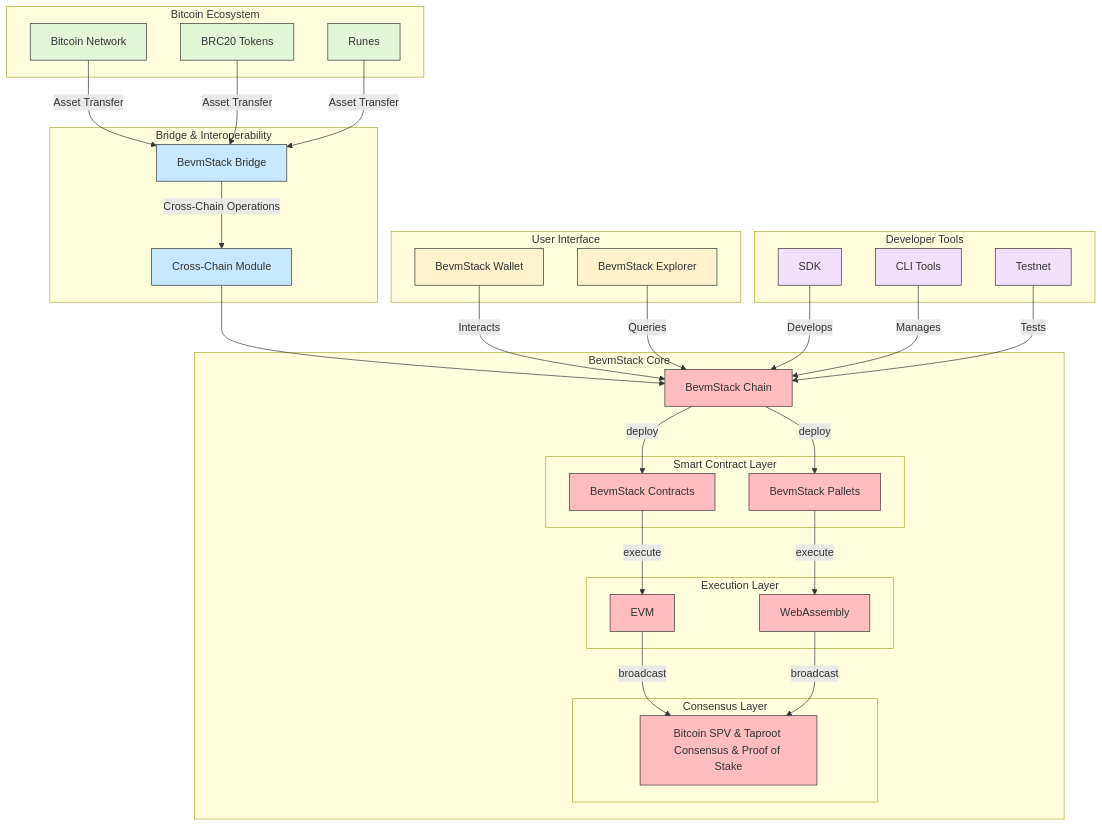
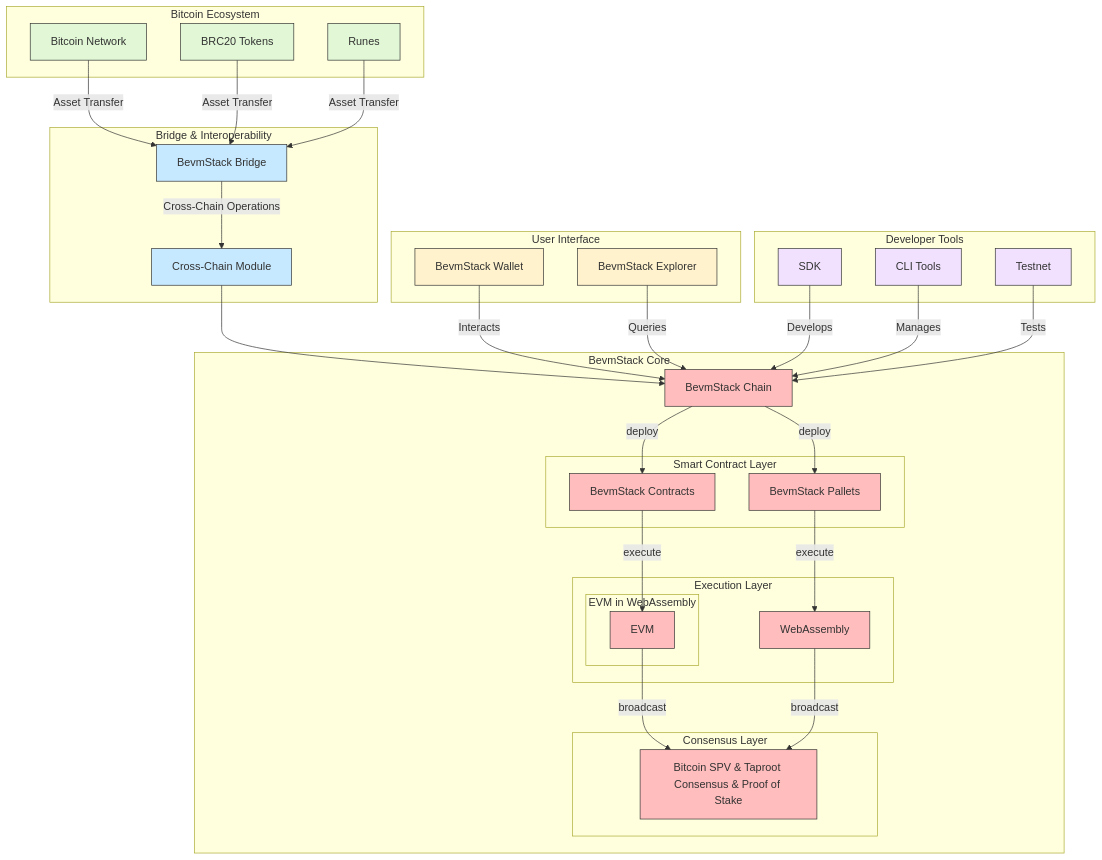
One commit to btclayer2/BEVM-Stack changed the first of 8 diagrams in README.md. Above: the diagram before and after it, drawn with Mermaid.

````diff
--- a/README.md
+++ b/README.md
@@ -20,73 +20,75 @@
 ```mermaid
 graph TB
   subgraph "Bitcoin Ecosystem"
       BTC[Bitcoin Network]
       BRC20[BRC20 Tokens]
       Runes[Runes]
   end
 
   subgraph "BevmStack Core"
       BSC[BevmStack Chain]
       subgraph "Smart Contract Layer"
           BSContracts[BevmStack Contracts]
           BSPallets[BevmStack Pallets]
       end
       subgraph "Execution Layer"
-          EVM[EVM]
           WASM[WebAssembly]
+          subgraph "EVM in WebAssembly"
+              EVM[EVM]
+          end
       end
       subgraph "Consensus Layer"
           CL[Bitcoin SPV & Taproot Consensus & Proof of Stake]
       end
   end
 
   subgraph "Bridge & Interoperability"
       BSB[BevmStack Bridge]
       CrossChain[Cross-Chain Module]
   end
 
   subgraph "User Interface"
       BSW[BevmStack Wallet]
       BSE[BevmStack Explorer]
   end
 
   subgraph "Developer Tools"
       SDK[SDK]
       CLI[CLI Tools]
       TestNet[Testnet]
   end
 
   BTC --> |Asset Transfer| BSB
   BRC20 --> |Asset Transfer| BSB
   Runes --> |Asset Transfer| BSB
 
   BSB --> |Cross-Chain Operations| CrossChain
   CrossChain --> BSC
 
   BSC -->|deploy| BSContracts
   BSC -->|deploy| BSPallets
   BSContracts -->|execute| EVM
   BSPallets -->|execute| WASM
   EVM -->|broadcast| CL
   WASM -->|broadcast| CL
 
   BSW --> |Interacts| BSC
   BSE --> |Queries| BSC
 
   SDK --> |Develops| BSC
   CLI --> |Manages| BSC
   TestNet --> |Tests| BSC
 
   classDef default fill:#f9f,stroke:#333,stroke-width:1px;
   classDef ecosystem fill:#e1f7d5,stroke:#333,stroke-width:1px;
   classDef core fill:#ffbdbd,stroke:#333,stroke-width:1px;
   classDef bridge fill:#c7e9ff,stroke:#333,stroke-width:1px;
   classDef ui fill:#fff2cc,stroke:#333,stroke-width:1px;
   classDef dev fill:#f1e1ff,stroke:#333,stroke-width:1px;
 
   class BTC,BRC20,Runes ecosystem;
   class BSC,EVM,WASM,CL,BSContracts,BSPallets core;
   class BSB,CrossChain bridge;
   class BSW,BSE ui;
   class SDK,CLI,TestNet dev;
 ```
````
